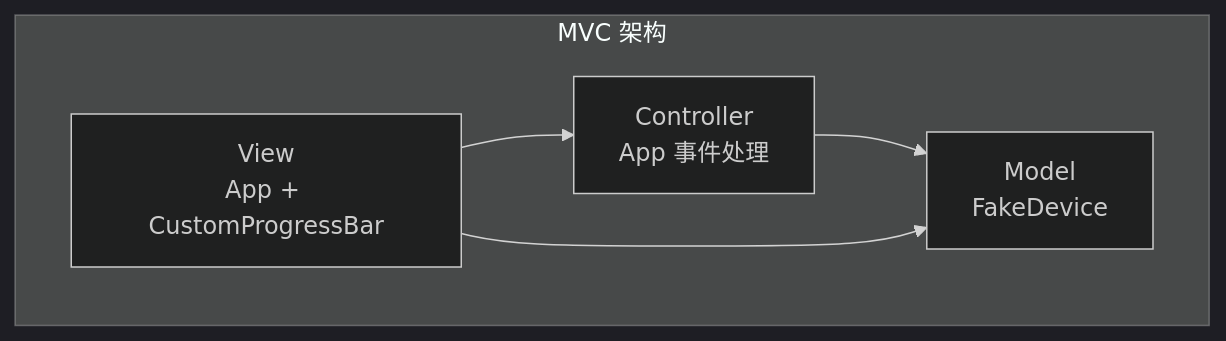
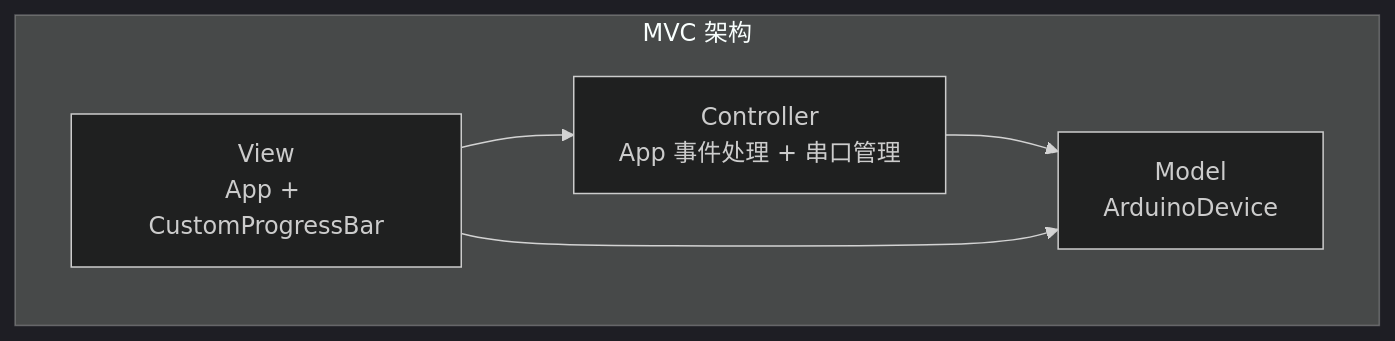
One commit to Hankun-P/wireless-keyboard-toy changed the second of 9 diagrams in .qoder/repowiki/zh/content/桌面应用架构/桌面应用架构.md. Above: the diagram before and after it, drawn with Mermaid (dark theme). The commit also changed other lines of this file and 11 other files, not shown here.

````diff
--- a/.qoder/repowiki/zh/content/桌面应用架构/桌面应用架构.md
+++ b/.qoder/repowiki/zh/content/桌面应用架构/桌面应用架构.md
@@ -142,11 +153,11 @@
 ```mermaid
 graph TB
 subgraph "MVC 架构"
-MODEL["Model<br/>FakeDevice"]
+MODEL["Model<br/>ArduinoDevice"]
 VIEW["View<br/>App + CustomProgressBar"]
-CTRL["Controller<br/>App 事件处理"]
+CTRL["Controller<br/>App 事件处理 + 串口管理"]
 end
 CTRL --> MODEL
 VIEW --> CTRL
 VIEW --> MODEL
 ```
````
